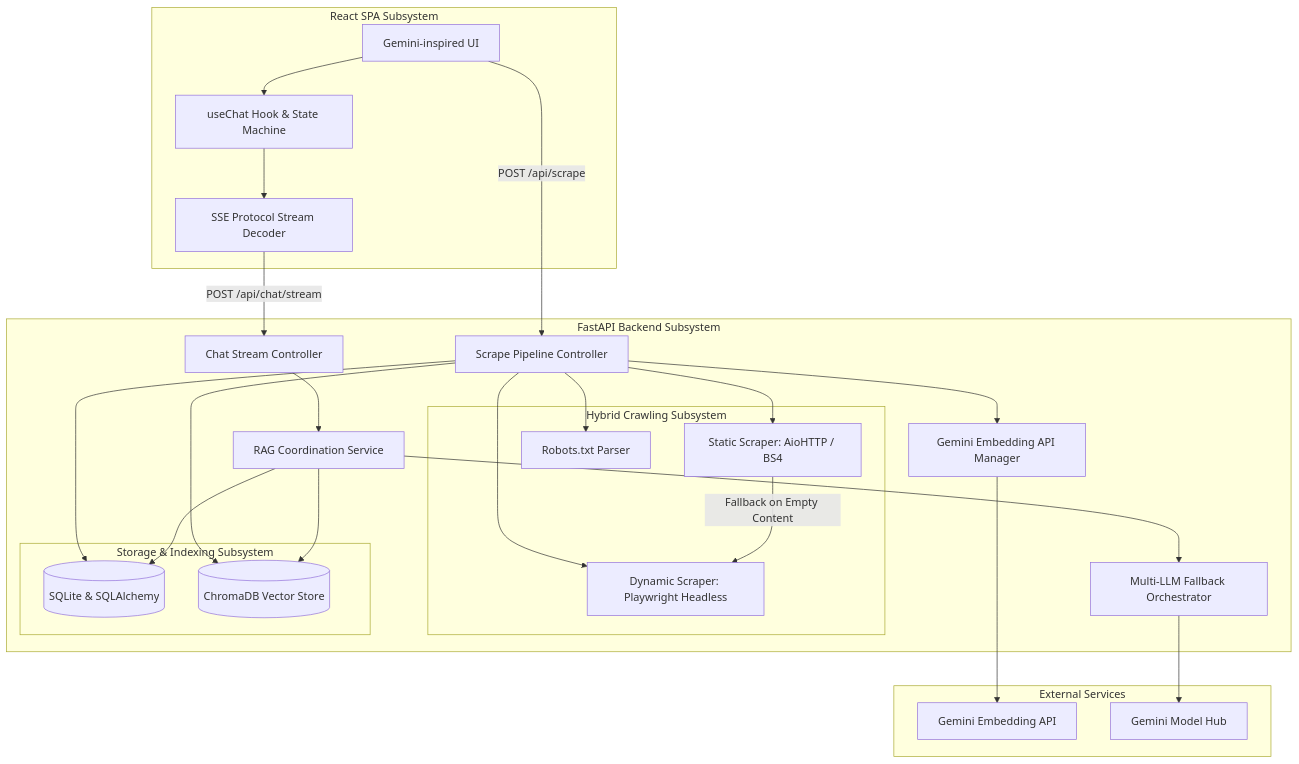
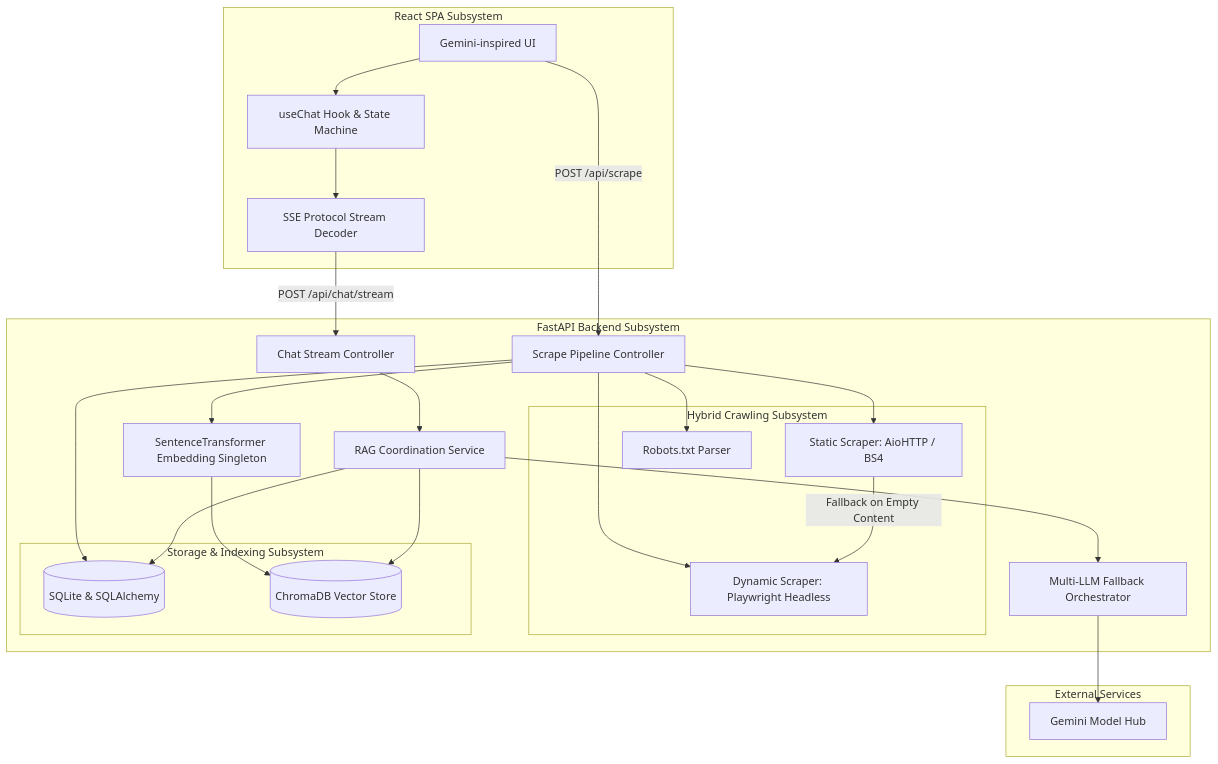
The first of 2 diagrams in docs/webgpt_v2_engineering_design_document.md (geojeevanraj/webgpt-rag-chatbot), drawn with Mermaid before and after one commit. The commit also changed other lines of this file, not shown here.

Commit message:
docs: rewrite WebGPT V2.0 Engineering Design Document for SentenceTransformers & Starter plan

````diff
--- a/docs/webgpt_v2_engineering_design_document.md
+++ b/docs/webgpt_v2_engineering_design_document.md
@@ -78,58 +78,56 @@
 ```mermaid
 graph TD
     %% Frontend Subsystem
     subgraph Frontend [React SPA Subsystem]
         UI[Gemini-inspired UI]
         Hook[useChat Hook & State Machine]
         SSE_Parser[SSE Protocol Stream Decoder]
     end
 
     %% Backend Subsystem
     subgraph Backend [FastAPI Backend Subsystem]
         API_Chat[Chat Stream Controller]
         API_Scrape[Scrape Pipeline Controller]
         
         subgraph Scraping_Engine [Hybrid Crawling Subsystem]
             Static_Scraper[Static Scraper: AioHTTP / BS4]
             Browser_Scraper[Dynamic Scraper: Playwright Headless]
             Robots_Checker[Robots.txt Parser]
         end
         
         subgraph Data_Storage [Storage & Indexing Subsystem]
             DB[(SQLite & SQLAlchemy)]
             Chroma[(ChromaDB Vector Store)]
         end
         
         RAG_Service[RAG Coordination Service]
-        Embed_Service[Gemini Embedding API Manager]
+        Embed_Service[SentenceTransformer Embedding Singleton]
         LLM_Service[Multi-LLM Fallback Orchestrator]
     end
 
     %% External APIs
     subgraph Cloud_API [External Services]
-        Gemini_Embed[Gemini Embedding API]
         Gemini_LLM[Gemini Model Hub]
     end
 
     %% Connections
     UI --> Hook
     Hook --> SSE_Parser
     SSE_Parser -- "POST /api/chat/stream" --> API_Chat
     UI -- "POST /api/scrape" --> API_Scrape
     
     API_Scrape --> Robots_Checker
     API_Scrape --> Static_Scraper
     API_Scrape --> Browser_Scraper
     Static_Scraper -- "Fallback on Empty Content" --> Browser_Scraper
     
     API_Scrape --> Embed_Service
-    Embed_Service --> Gemini_Embed
-    API_Scrape --> Chroma
+    Embed_Service --> Chroma
     API_Scrape --> DB
     
     API_Chat --> RAG_Service
     RAG_Service --> Chroma
     RAG_Service --> LLM_Service
     LLM_Service --> Gemini_LLM
     RAG_Service --> DB
 ```
````
